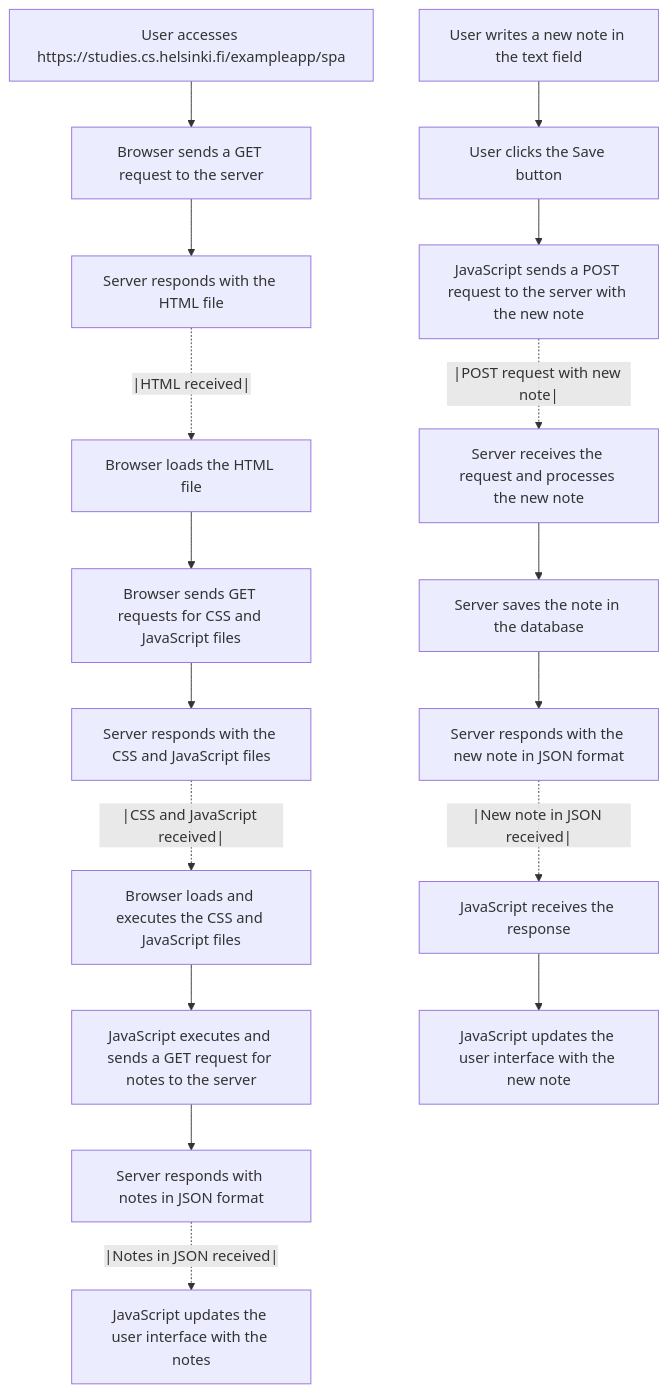
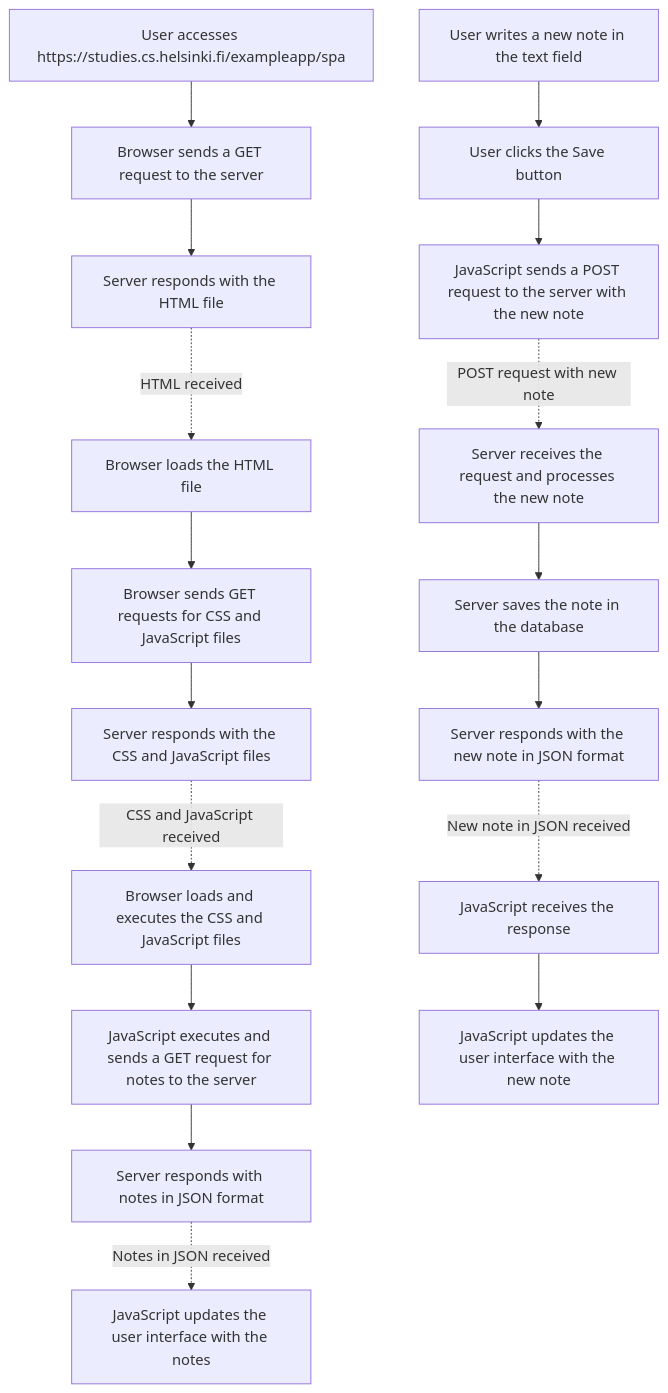
One commit to ernestovv85/FullstackOpen-Exercises-Part0 changed the third of 3 diagrams in diagrams.md. Above: the diagram before and after it, drawn with Mermaid.

````diff
--- a/diagrams.md
+++ b/diagrams.md
@@ -38,22 +38,22 @@
 ```mermaid
 graph TD
     %% Access to SPA
     A[User accesses https://studies.cs.helsinki.fi/exampleapp/spa] --> B[Browser sends a GET request to the server]
     B --> C[Server responds with the HTML file]
-    C -.|HTML received|.-> D[Browser loads the HTML file]
+    C -.HTML received.-> D[Browser loads the HTML file]
     D --> E[Browser sends GET requests for CSS and JavaScript files]
     E --> F[Server responds with the CSS and JavaScript files]
-    F -.|CSS and JavaScript received|.-> G[Browser loads and executes the CSS and JavaScript files]
+    F -.CSS and JavaScript received.-> G[Browser loads and executes the CSS and JavaScript files]
     G --> H[JavaScript executes and sends a GET request for notes to the server]
     H --> I[Server responds with notes in JSON format]
-    I -.|Notes in JSON received|.-> J[JavaScript updates the user interface with the notes]
+    I -.Notes in JSON received.-> J[JavaScript updates the user interface with the notes]
 
     %% Create new note
     K[User writes a new note in the text field] --> L[User clicks the Save button]
     L --> M[JavaScript sends a POST request to the server with the new note]
-    M -.|POST request with new note|.-> N[Server receives the request and processes the new note]
+    M -.POST request with new note.-> N[Server receives the request and processes the new note]
     N --> O[Server saves the note in the database]
     O --> P[Server responds with the new note in JSON format]
-    P -.|New note in JSON received|.-> Q[JavaScript receives the response]
+    P -.New note in JSON received.-> Q[JavaScript receives the response]
     Q --> R[JavaScript updates the user interface with the new note]
 ```
````
